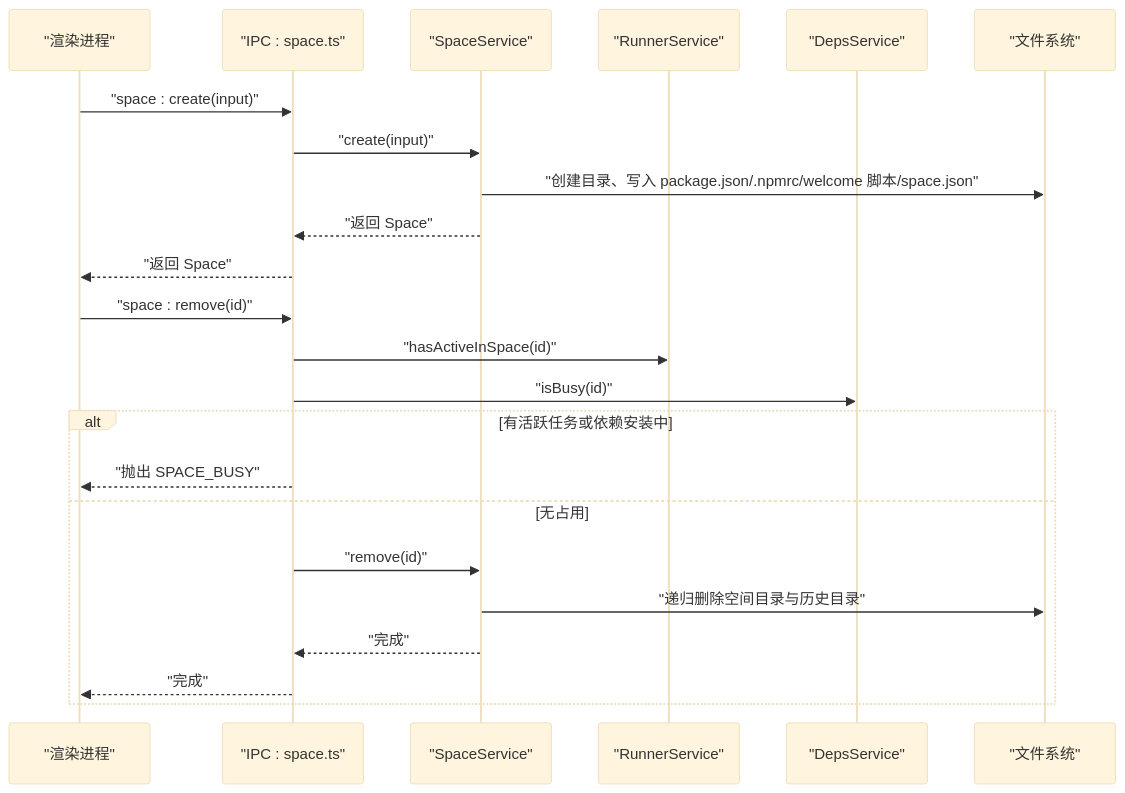
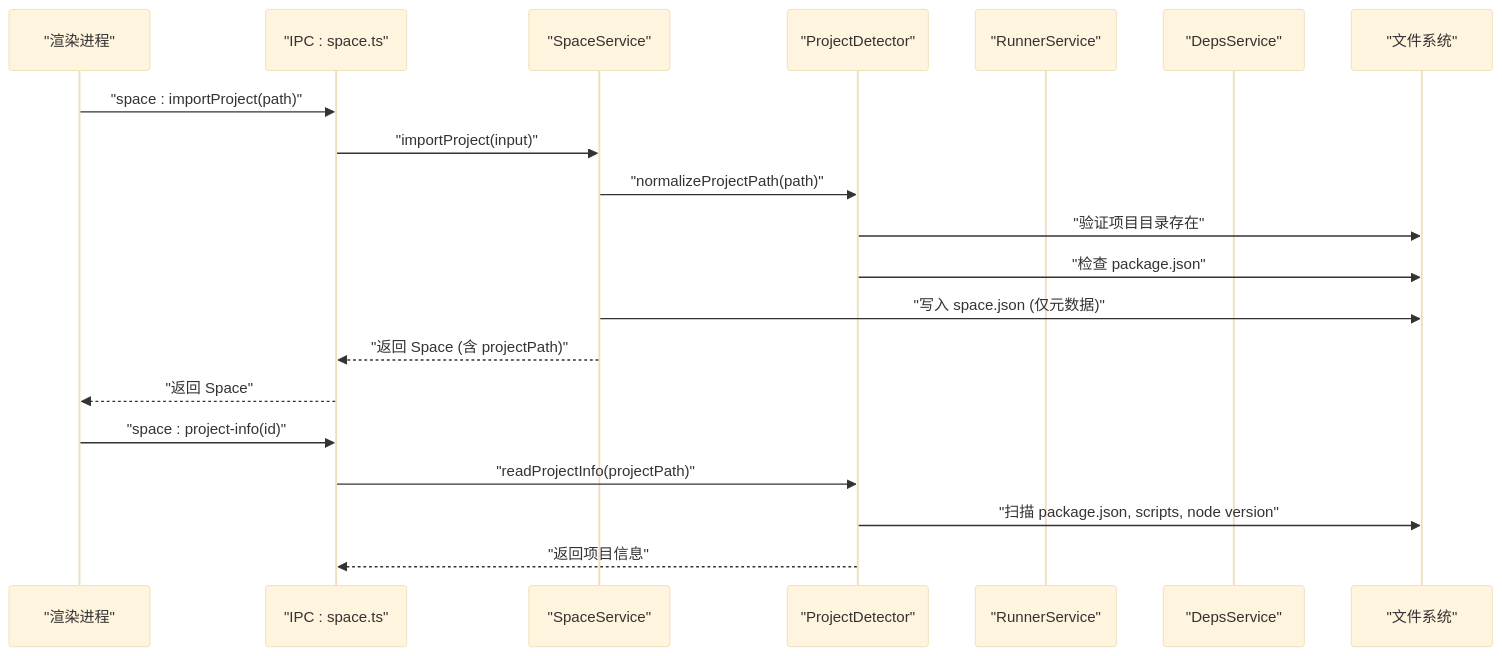
Before and after one commit to hozeeee/script-box: the second of 11 diagrams in .qoder/repowiki/zh/content/核心服务层/Space 服务（项目空间管理）.md, drawn with Mermaid (base theme). The commit also changed other lines of this file and 76 other files, not shown here.

````diff
--- a/.qoder/repowiki/zh/content/核心服务层/Space 服务（项目空间管理）.md
+++ b/.qoder/repowiki/zh/content/核心服务层/Space 服务（项目空间管理）.md
@@ -100,25 +120,22 @@
 ```mermaid
 sequenceDiagram
 participant UI as "渲染进程"
 participant IPC as "IPC : space.ts"
 participant Svc as "SpaceService"
+participant Proj as "ProjectDetector"
 participant Run as "RunnerService"
 participant Deps as "DepsService"
 participant FS as "文件系统"
-UI->>IPC : "space : create(input)"
-IPC->>Svc : "create(input)"
-Svc->>FS : "创建目录、写入 package.json/.npmrc/welcome 脚本/space.json"
-Svc-->>IPC : "返回 Space"
+UI->>IPC : "space : importProject(path)"
+IPC->>Svc : "importProject(input)"
+Svc->>Proj : "normalizeProjectPath(path)"
+Proj->>FS : "验证项目目录存在"
+Proj->>FS : "检查 package.json"
+Svc->>FS : "写入 space.json (仅元数据)"
+Svc-->>IPC : "返回 Space (含 projectPath)"
 IPC-->>UI : "返回 Space"
-UI->>IPC : "space : remove(id)"
-IPC->>Run : "hasActiveInSpace(id)"
-IPC->>Deps : "isBusy(id)"
-alt 有活跃任务或依赖安装中
-IPC-->>UI : "抛出 SPACE_BUSY"
-else 无占用
-IPC->>Svc : "remove(id)"
-Svc->>FS : "递归删除空间目录与历史目录"
-Svc-->>IPC : "完成"
-IPC-->>UI : "完成"
-end
+UI->>IPC : "space : project-info(id)"
+IPC->>Proj : "readProjectInfo(projectPath)"
+Proj->>FS : "扫描 package.json, scripts, node version"
+Proj-->>IPC : "返回项目信息"
 ```
````
